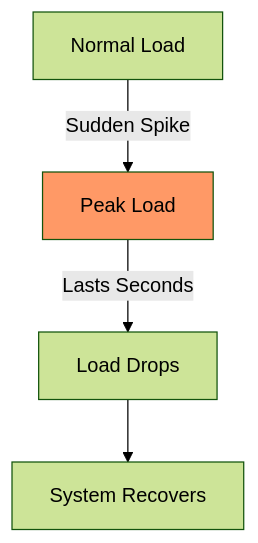
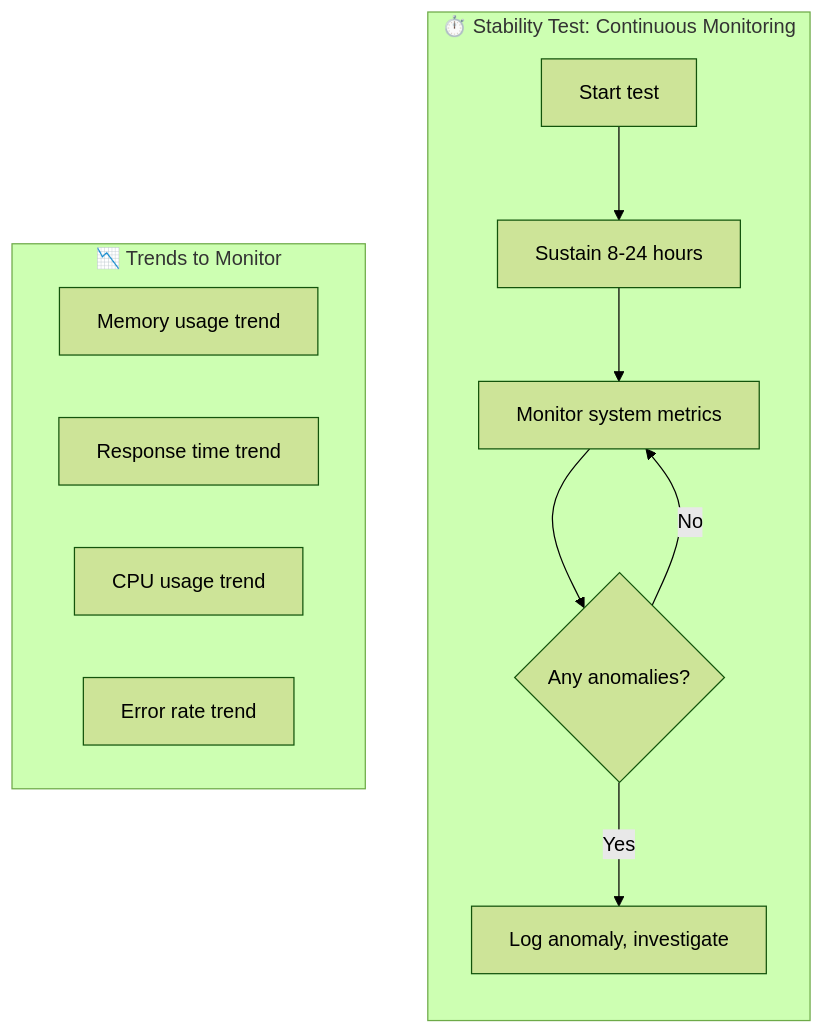
Before and after one commit to zhangshichuan/maxzhang.site: the seventh of 14 diagrams in articles/en/nodejs-unit-performance-testing-guide.mdx, drawn with Mermaid (forest theme). The commit also changed other lines of this file and 1 other file, not shown here.

````diff
--- a/articles/en/nodejs-unit-performance-testing-guide.mdx
+++ b/articles/en/nodejs-unit-performance-testing-guide.mdx
@@ -211,7 +805,18 @@
 ```mermaid
 flowchart TD
-    A[Normal Load] -->|Sudden Spike| B[Peak Load]
-    B -->|Lasts Seconds| C[Load Drops]
-    C --> D[System Recovers]
-    style B fill:#f96
+    subgraph StabilityTest["⏱️ Stability Test: Continuous Monitoring"]
+        direction TB
+        A[Start test] --> B[Sustain 8-24 hours]
+        B --> C[Monitor system metrics]
+        C --> D{Any anomalies?}
+        D -->|No| C
+        D -->|Yes| E[Log anomaly, investigate]
+    end
+
+    subgraph TrendstoWatch["📉 Trends to Monitor"]
+        M1["Memory usage trend"]
+        M2["Response time trend"]
+        M3["CPU usage trend"]
+        M4["Error rate trend"]
+    end
 ```
````
